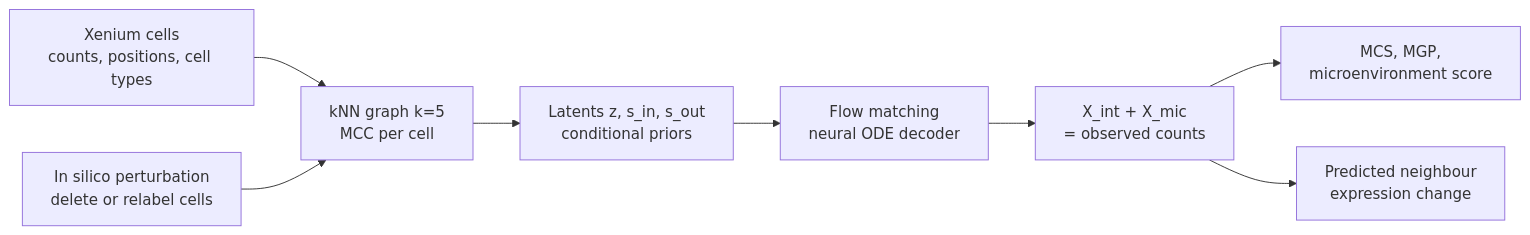
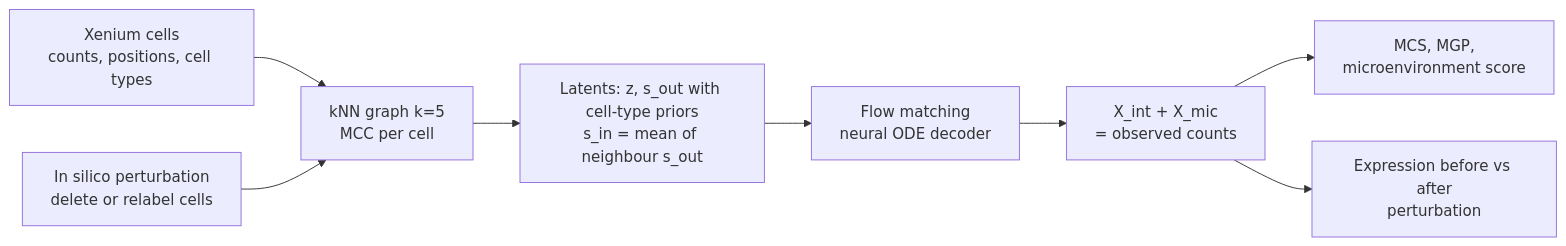
One commit to jasonjin34/Medical_reading_material changed the diagram in docs/papers/spatial-biorxiv-2025/index.md. Above: the diagram before and after it, drawn with Mermaid. The commit also changed other lines of this file and 525 other files, not shown here.

````diff
--- a/docs/papers/spatial-biorxiv-2025/index.md
+++ b/docs/papers/spatial-biorxiv-2025/index.md
@@ -36,10 +36,10 @@
 ```mermaid
 flowchart LR
   A["Xenium cells<br/>counts, positions, cell types"] --> B["kNN graph k=5<br/>MCC per cell"]
-  B --> C["Latents z, s_in, s_out<br/>conditional priors"]
+  B --> C["Latents: z, s_out with cell-type priors<br/>s_in = mean of neighbour s_out"]
   C --> D["Flow matching<br/>neural ODE decoder"]
   D --> E["X_int + X_mic<br/>= observed counts"]
   E --> F["MCS, MGP,<br/>microenvironment score"]
   G["In silico perturbation<br/>delete or relabel cells"] --> B
-  E --> H["Predicted neighbour<br/>expression change"]
+  E --> H["Expression before vs after<br/>perturbation"]
 ```
````
